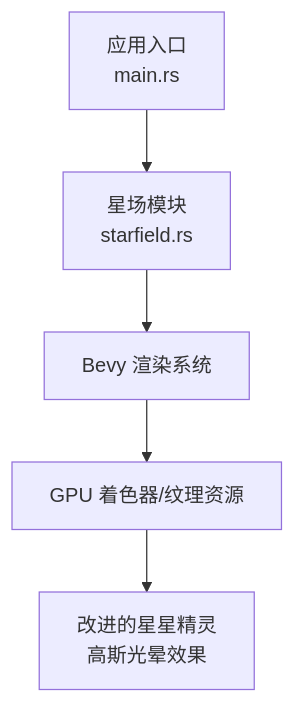
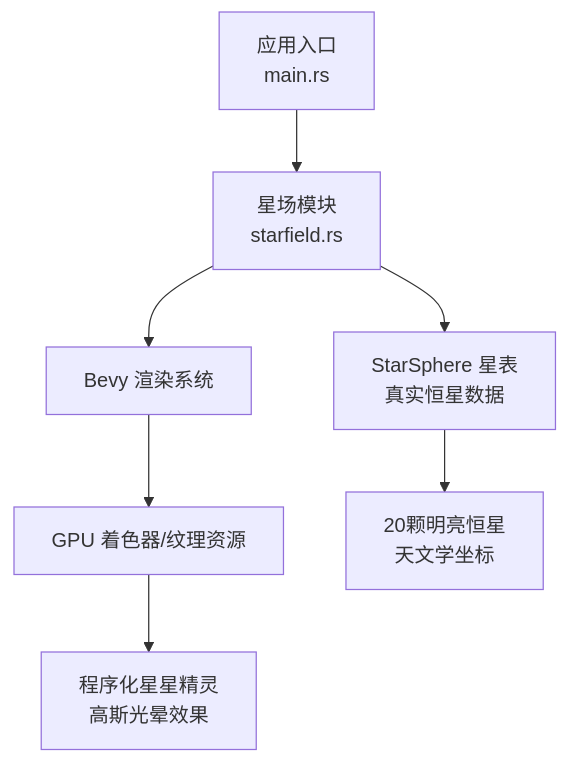
Before and after one commit to rzhangjing/cesium: the first of 5 diagrams in .qoder/repowiki/zh/content/项目概述/核心特性/3D渲染引擎/特效与后处理系统/星场渲染器.md, drawn with Mermaid. The commit also changed other lines of this file and 6 other files, not shown here.

````diff
--- a/.qoder/repowiki/zh/content/项目概述/核心特性/3D渲染引擎/特效与后处理系统/星场渲染器.md
+++ b/.qoder/repowiki/zh/content/项目概述/核心特性/3D渲染引擎/特效与后处理系统/星场渲染器.md
@@ -38,7 +40,9 @@
 ```mermaid
 graph TB
 A["应用入口<br/>main.rs"] --> B["星场模块<br/>starfield.rs"]
 B --> C["Bevy 渲染系统"]
 C --> D["GPU 着色器/纹理资源"]
-D --> E["改进的星星精灵<br/>高斯光晕效果"]
+D --> E["程序化星星精灵<br/>高斯光晕效果"]
+B --> F["StarSphere 星表<br/>真实恒星数据"]
+F --> G["20颗明亮恒星<br/>天文学坐标"]
 ```
````
